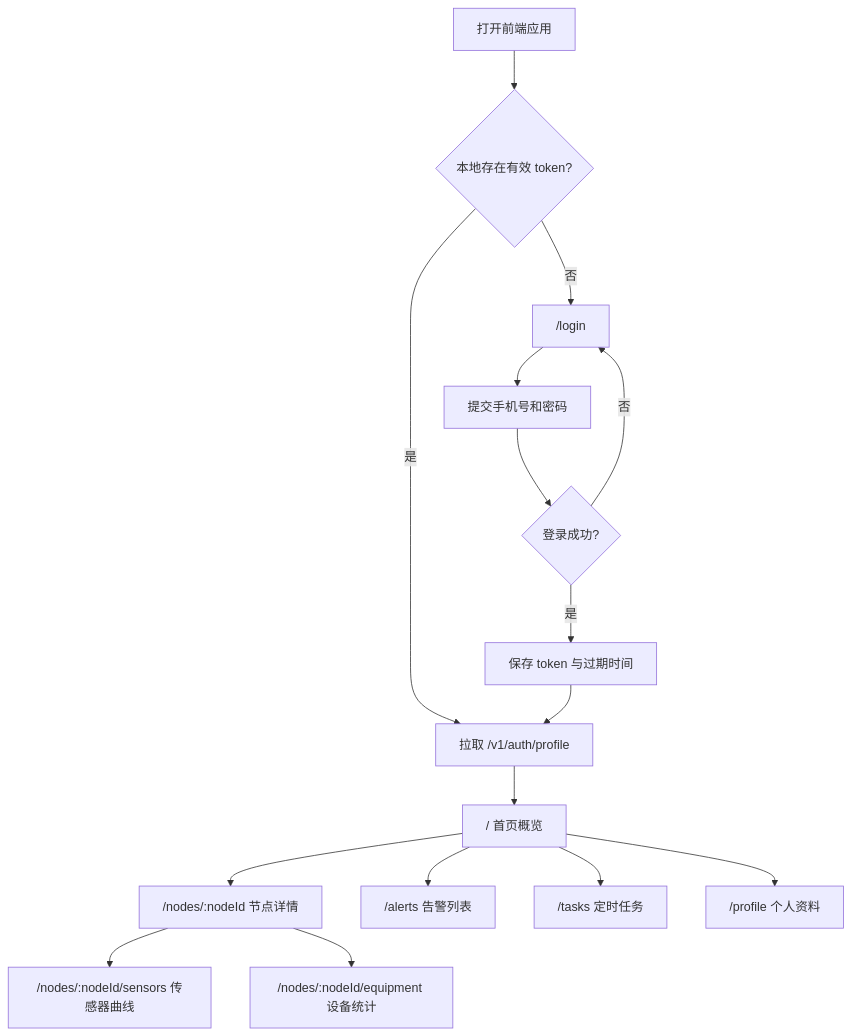
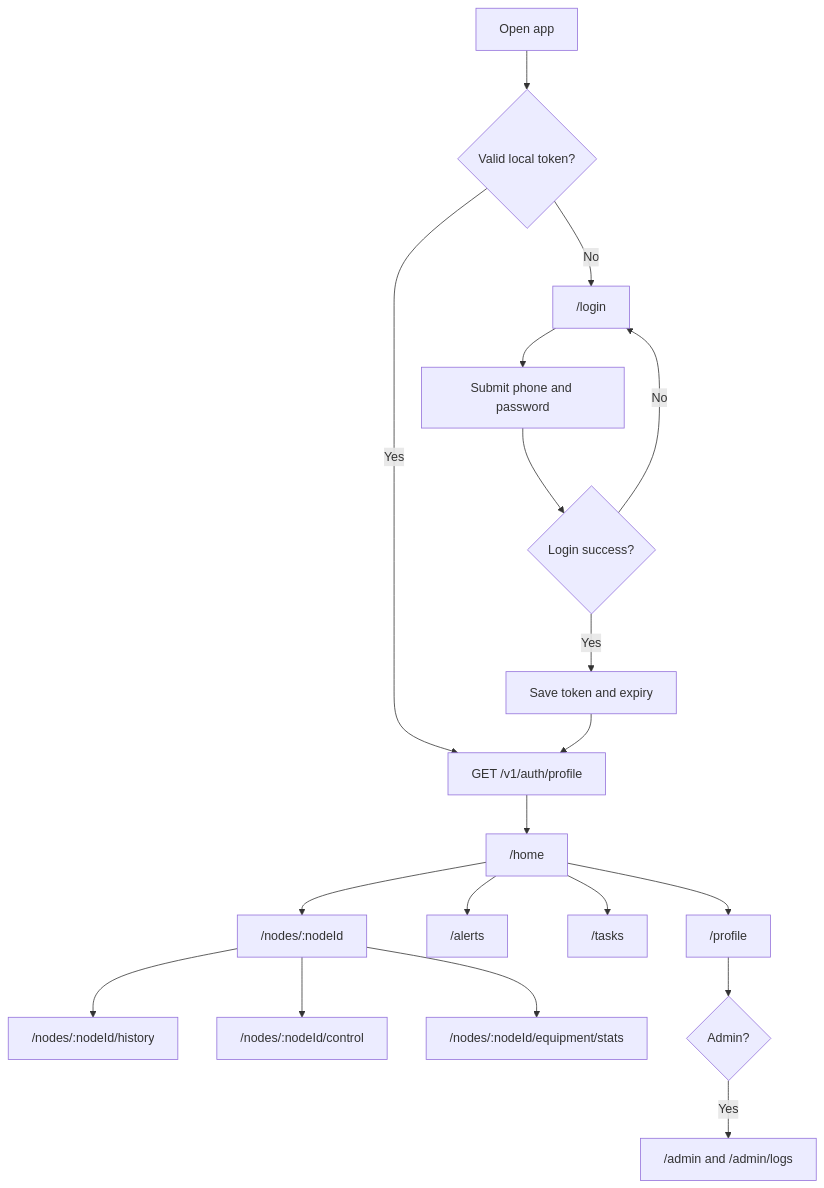
One commit to MCHimcd/HMHT changed the diagram in docs/frontend-page-flow.md. Above: the diagram before and after it, drawn with Mermaid. The commit also changed other lines of this file and 15 other files, not shown here.

````diff
--- a/docs/frontend-page-flow.md
+++ b/docs/frontend-page-flow.md
@@ -23,18 +38,21 @@
 ```mermaid
 flowchart TD
-    A["打开前端应用"] --> B{"本地存在有效 token?"}
-    B -- "否" --> C["/login"]
-    C --> D["提交手机号和密码"]
-    D --> E{"登录成功?"}
-    E -- "否" --> C
-    E -- "是" --> F["保存 token 与过期时间"]
-    B -- "是" --> G["拉取 /v1/auth/profile"]
+    A["Open app"] --> B{"Valid local token?"}
+    B -- "No" --> C["/login"]
+    C --> D["Submit phone and password"]
+    D --> E{"Login success?"}
+    E -- "No" --> C
+    E -- "Yes" --> F["Save token and expiry"]
+    B -- "Yes" --> G["GET /v1/auth/profile"]
     F --> G
-    G --> H["/ 首页概览"]
-    H --> I["/nodes/:nodeId 节点详情"]
-    I --> J["/nodes/:nodeId/sensors 传感器曲线"]
-    I --> K["/nodes/:nodeId/equipment 设备统计"]
-    H --> L["/alerts 告警列表"]
-    H --> M["/tasks 定时任务"]
-    H --> N["/profile 个人资料"]
+    G --> H["/home"]
+    H --> I["/nodes/:nodeId"]
+    I --> J["/nodes/:nodeId/history"]
+    I --> K["/nodes/:nodeId/control"]
+    I --> L["/nodes/:nodeId/equipment/stats"]
+    H --> M["/alerts"]
+    H --> N["/tasks"]
+    H --> O["/profile"]
+    O --> P{"Admin?"}
+    P -- "Yes" --> Q["/admin and /admin/logs"]
 ```
````
